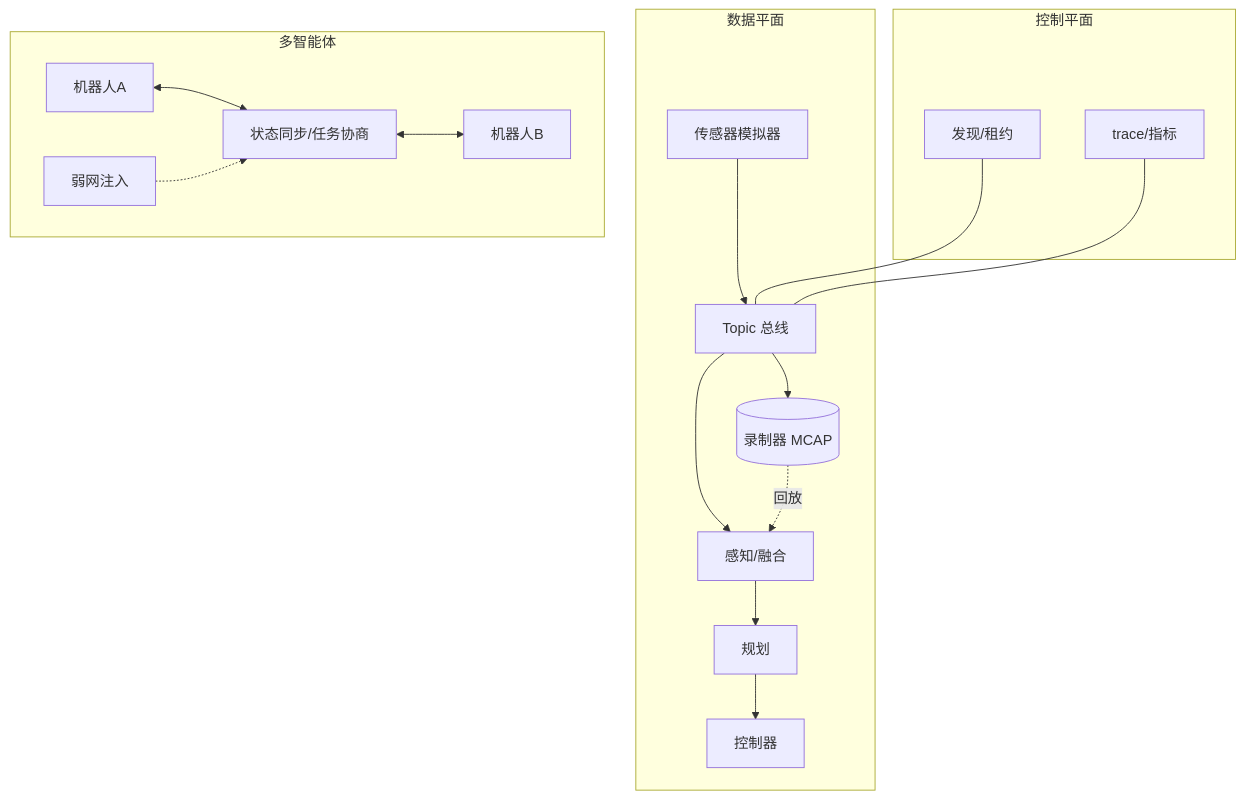
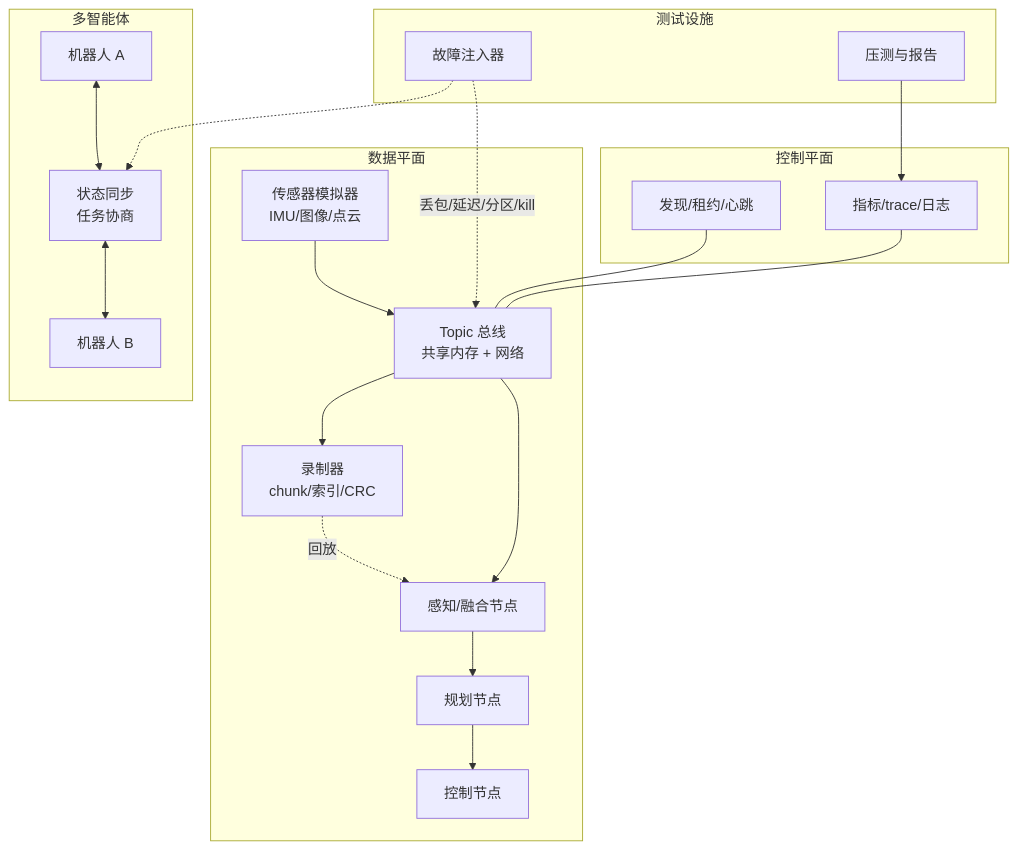
The first of 3 diagrams in docs/chapter11.md (cavemancave/mw-study), drawn with Mermaid before and after one commit. The commit also changed other lines of this file, not shown here.

````diff
--- a/docs/chapter11.md
+++ b/docs/chapter11.md
@@ -16,19 +42,28 @@
 ```mermaid
 flowchart TB
     subgraph 数据平面
-        SIM[传感器模拟器] --> BUS[Topic 总线]
-        BUS --> PERC[感知/融合]
-        PERC --> PLAN[规划]
-        PLAN --> CTRL[控制器]
-        BUS --> REC[(录制器 MCAP)]
+        SIM["传感器模拟器<br/>IMU/图像/点云"] --> BUS["Topic 总线<br/>共享内存 + 网络"]
+        BUS --> PERC["感知/融合节点"]
+        PERC --> PLAN["规划节点"]
+        PLAN --> CTRL["控制节点"]
+        BUS --> REC["录制器<br/>chunk/索引/CRC"]
     end
     subgraph 控制平面
-        DISC[发现/租约] --- BUS
-        OBS[trace/指标] --- BUS
+        DISC["发现/租约/心跳"]
+        OBS["指标/trace/日志"]
     end
     subgraph 多智能体
-        A[机器人A] <--> SYNC[状态同步/任务协商] <--> B[机器人B]
-        NET[弱网注入] -.-> SYNC
+        A["机器人 A"] <--> SYNC["状态同步<br/>任务协商"]
+        SYNC <--> B["机器人 B"]
     end
+    subgraph 测试设施
+        FI["故障注入器"]
+        BENCH["压测与报告"]
+    end
+    DISC --- BUS
+    OBS --- BUS
     REC -.回放.-> PERC
+    FI -.丢包/延迟/分区/kill.-> BUS
+    FI -.-> SYNC
+    BENCH --> OBS
 ```
````
